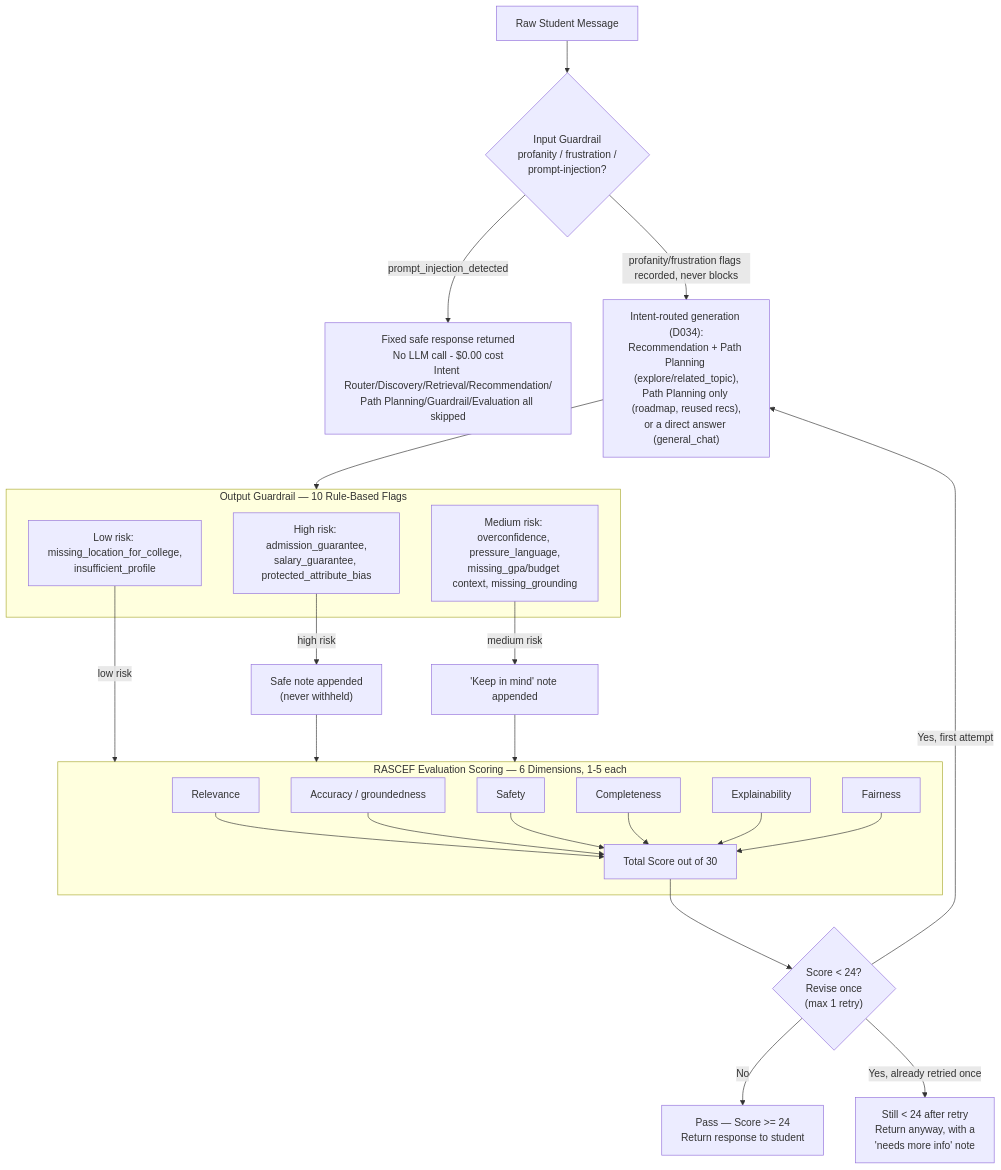
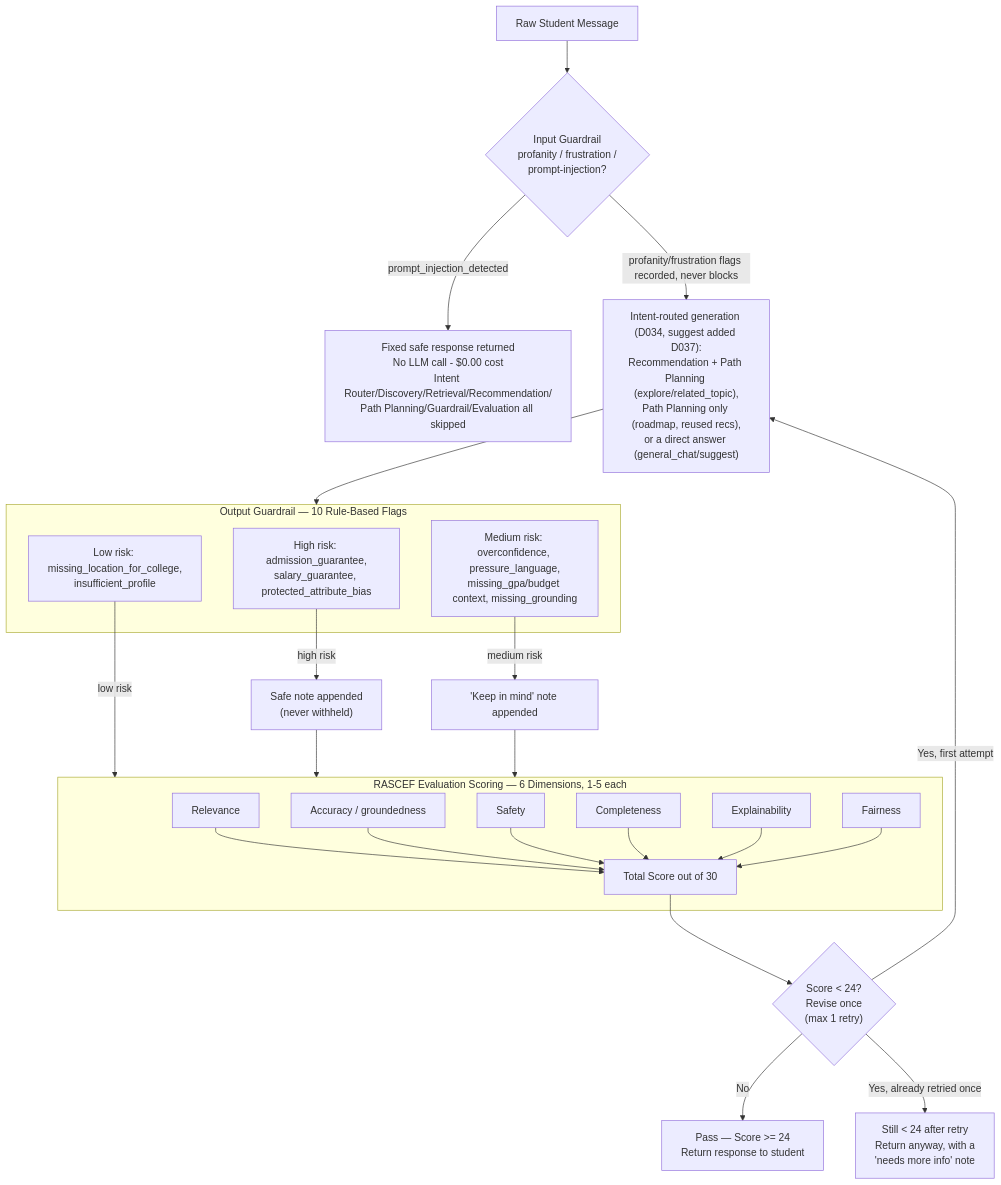
The fifth of 7 diagrams in docs/08_Diagrams.md (a-koder/pathfinder-ai), drawn with Mermaid before and after one commit. The commit also changed other lines of this file and 15 other files, not shown here.

````diff
--- a/docs/08_Diagrams.md
+++ b/docs/08_Diagrams.md
@@ -260,43 +265,43 @@
 ```mermaid
 flowchart TD
     MSG["Raw Student Message"]
     IG{"Input Guardrail\nprofanity / frustration /\nprompt-injection?"}
     BLOCKED["Fixed safe response returned\nNo LLM call - $0.00 cost\nIntent Router/Discovery/Retrieval/Recommendation/\nPath Planning/Guardrail/Evaluation all skipped"]
-    GEN["Intent-routed generation (D034):\nRecommendation + Path Planning (explore/related_topic),\nPath Planning only (roadmap, reused recs),\nor a direct answer (general_chat)"]
+    GEN["Intent-routed generation (D034, suggest added D037):\nRecommendation + Path Planning (explore/related_topic),\nPath Planning only (roadmap, reused recs),\nor a direct answer (general_chat/suggest)"]
 
     subgraph Guardrails ["Output Guardrail — 10 Rule-Based Flags"]
         G1["High risk: admission_guarantee,\nsalary_guarantee, protected_attribute_bias"]
         G2["Medium risk: overconfidence, pressure_language,\nmissing_gpa/budget context, missing_grounding"]
         G3["Low risk: missing_location_for_college,\ninsufficient_profile"]
     end
 
     subgraph Evaluation ["RASCEF Evaluation Scoring — 6 Dimensions, 1-5 each"]
         E1["Relevance"]
         E2["Accuracy / groundedness"]
         E3["Safety"]
         E4["Completeness"]
         E5["Explainability"]
         E6["Fairness"]
         TOTAL["Total Score out of 30"]
     end
 
     PASS["Pass — Score >= 24\nReturn response to student"]
     RETRY{"Score < 24?\nRevise once\n(max 1 retry)"}
     STILLLOW["Still < 24 after retry\nReturn anyway, with a\n'needs more info' note"]
 
     MSG --> IG
     IG -- "prompt_injection_detected" --> BLOCKED
     IG -- "profanity/frustration flags recorded, never blocks" --> GEN
     GEN --> Guardrails
     G1 -- "high risk" --> SAFENOTE["Safe note appended\n(never withheld)"]
     G2 -- "medium risk" --> LIMNOTE["'Keep in mind' note appended"]
     G3 -- "low risk" --> Evaluation
     SAFENOTE --> Evaluation
     LIMNOTE --> Evaluation
 
     E1 & E2 & E3 & E4 & E5 & E6 --> TOTAL
     TOTAL --> RETRY
     RETRY -- "No" --> PASS
     RETRY -- "Yes, first attempt" --> GEN
     RETRY -- "Yes, already retried once" --> STILLLOW
 ```
````
